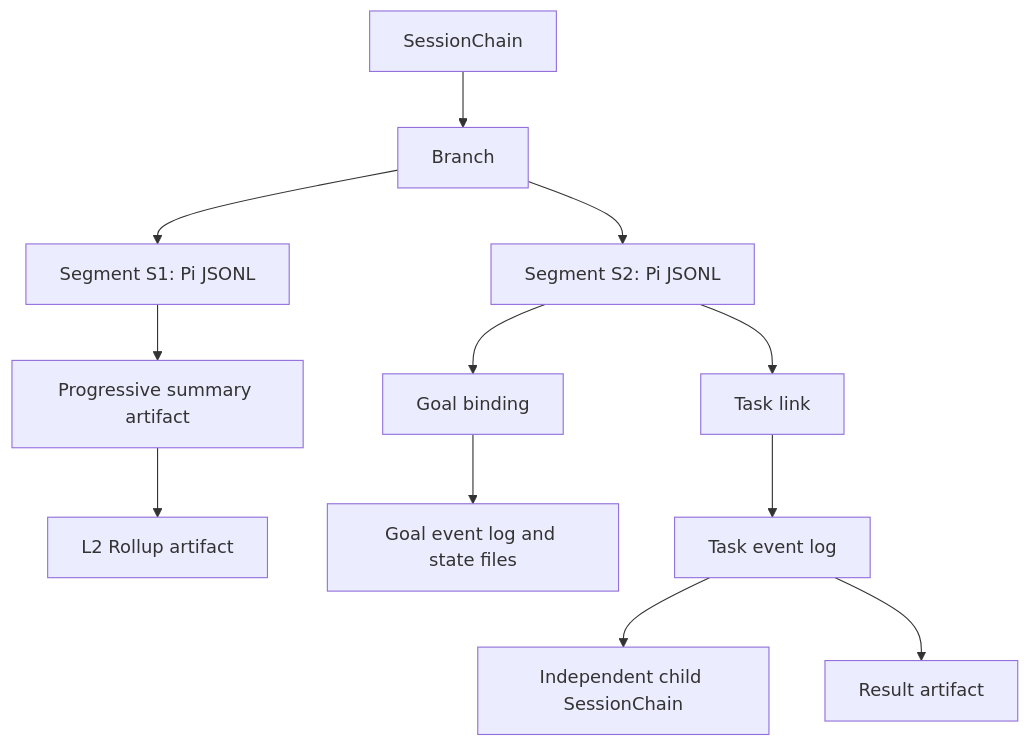
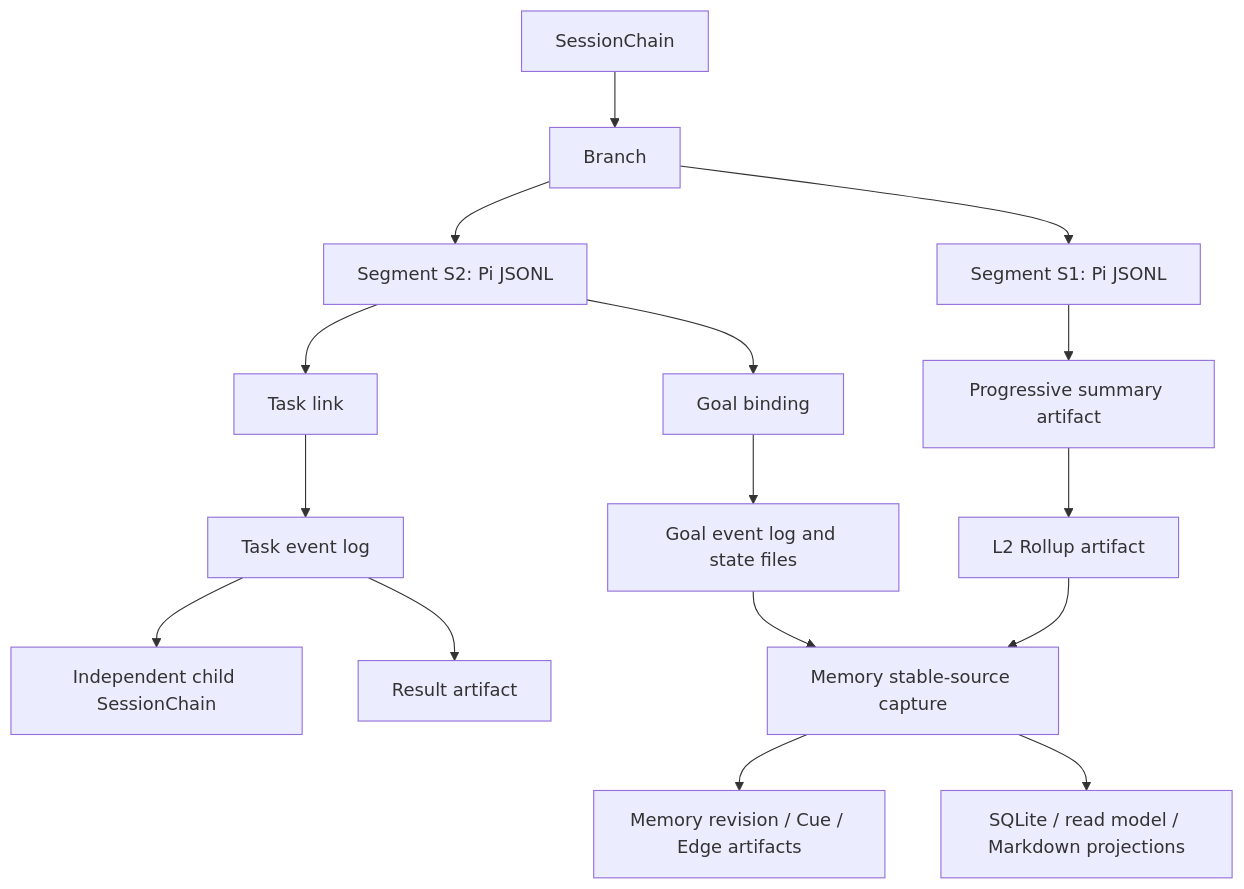
Before and after one commit to FengYunCalm/pi-xk: the diagram in docs/pi-xk/design-and-boundaries.md, drawn with Mermaid. The commit also changed other lines of this file and 50 other files, not shown here.

````diff
--- a/docs/pi-xk/design-and-boundaries.md
+++ b/docs/pi-xk/design-and-boundaries.md
@@ -34,14 +36,18 @@
 ```mermaid
 flowchart TD
     Chain["SessionChain"] --> Branch["Branch"]
     Branch --> Segment1["Segment S1: Pi JSONL"]
     Branch --> Segment2["Segment S2: Pi JSONL"]
     Segment1 --> Summary["Progressive summary artifact"]
     Summary --> Rollup["L2 Rollup artifact"]
     Segment2 --> GoalRef["Goal binding"]
     Segment2 --> TaskRef["Task link"]
     GoalRef --> Goal["Goal event log and state files"]
     TaskRef --> Task["Task event log"]
     Task --> Child["Independent child SessionChain"]
     Task --> Result["Result artifact"]
+    Goal --> Memory["Memory stable-source capture"]
+    Rollup --> Memory
+    Memory --> MemoryArtifact["Memory revision / Cue / Edge artifacts"]
+    Memory --> MemoryIndex["SQLite / read model / Markdown projections"]
 ```
````
